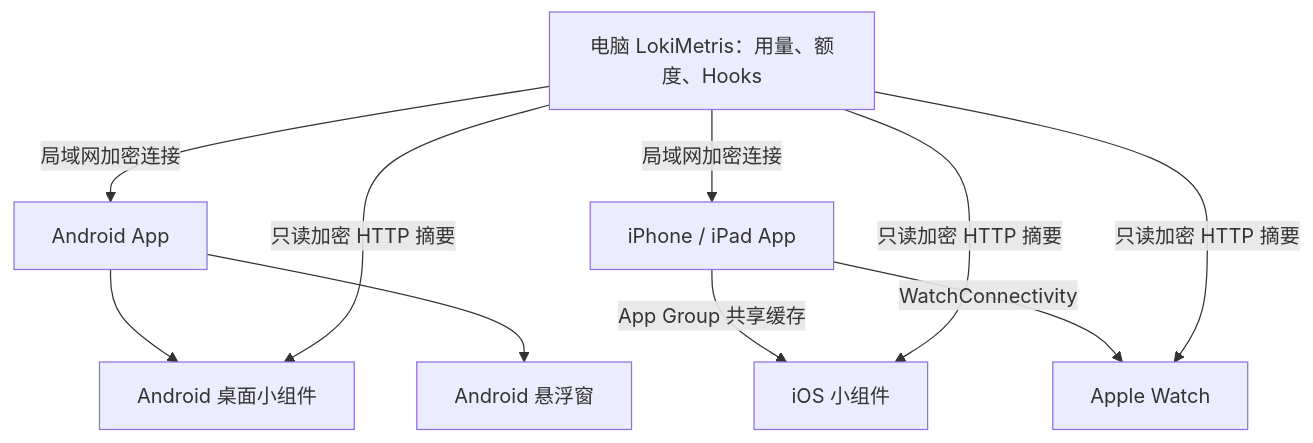
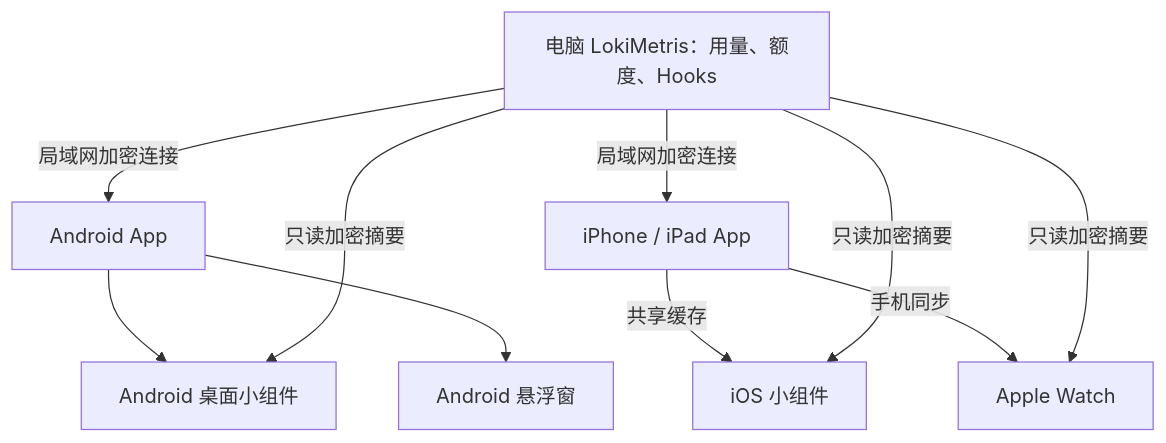
The diagram in README.md (ManonLoki/LokiMetisMobileDisplay), drawn with Mermaid before and after one commit. The commit also changed other lines of this file, not shown here.

````diff
--- a/README.md
+++ b/README.md
@@ -225,12 +208,12 @@
 ```mermaid
 flowchart TD
     desktop["电脑 LokiMetris：用量、额度、Hooks"] -->|局域网加密连接| android["Android App"]
     desktop -->|局域网加密连接| ios["iPhone / iPad App"]
     android --> androidWidget["Android 桌面小组件"]
     android --> floating["Android 悬浮窗"]
-    ios -->|App Group 共享缓存| widget["iOS 小组件"]
-    ios -->|WatchConnectivity| watch["Apple Watch"]
-    desktop -->|只读加密 HTTP 摘要| androidWidget
-    desktop -->|只读加密 HTTP 摘要| widget
-    desktop -->|只读加密 HTTP 摘要| watch
+    ios -->|共享缓存| widget["iOS 小组件"]
+    ios -->|手机同步| watch["Apple Watch"]
+    desktop -->|只读加密摘要| androidWidget
+    desktop -->|只读加密摘要| widget
+    desktop -->|只读加密摘要| watch
 ```
````
